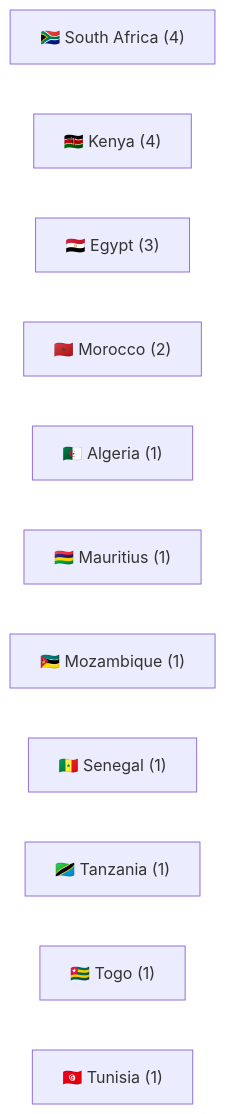
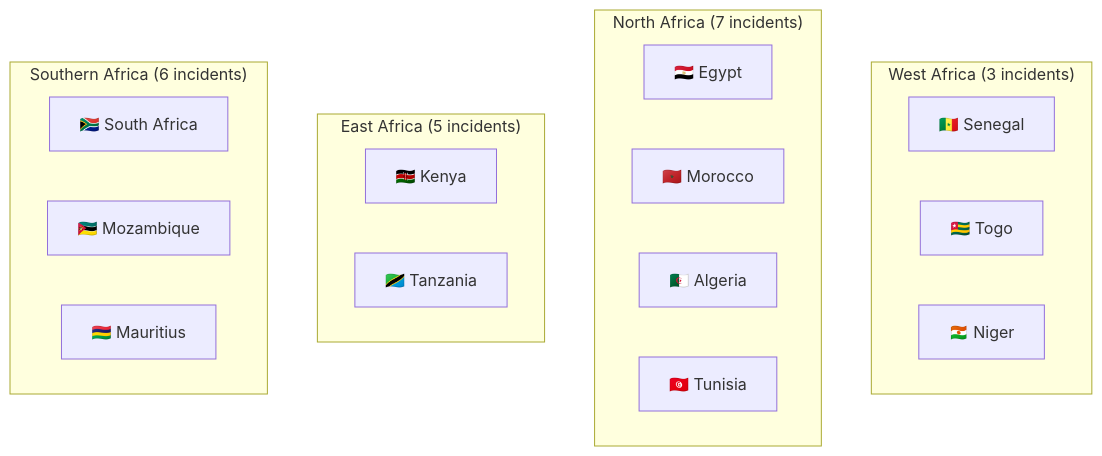
One commit to Hatchepsoute/AFRINTEL changed the second of 3 diagrams in reports/january/stats/README_EN.md. Above: the diagram before and after it, drawn with Mermaid. The commit also changed other lines of this file and 13 other files, not shown here.

````diff
--- a/reports/january/stats/README_EN.md
+++ b/reports/january/stats/README_EN.md
@@ -20,14 +114,31 @@
 ```mermaid
-flowchart LR
-    ZA["🇿🇦 South Africa (4)"]
-    KE["🇰🇪 Kenya (4)"]
-    EG["🇪🇬 Egypt (3)"]
-    MA["🇲🇦 Morocco (2)"]
-    DZ["🇩🇿 Algeria (1)"]
-    MU["🇲🇺 Mauritius (1)"]
-    MZ["🇲🇿 Mozambique (1)"]
-    SN["🇸🇳 Senegal (1)"]
-    TZ["🇹🇿 Tanzania (1)"]
-    TG["🇹🇬 Togo (1)"]
-    TN["🇹🇳 Tunisia (1)"]
+flowchart TB
+
+classDef high fill:#ffcccc
+classDef medium fill:#ffe6cc
+classDef low fill:#fff2cc
+
+subgraph West_Africa["West Africa (3 incidents)"]
+SN["🇸🇳 Senegal"]
+TG["🇹🇬 Togo"]
+NE["🇳🇪 Niger"]
+end
+
+subgraph North_Africa["North Africa (7 incidents)"]
+EG["🇪🇬 Egypt"]
+MA["🇲🇦 Morocco"]
+DZ["🇩🇿 Algeria"]
+TN["🇹🇳 Tunisia"]
+end
+
+subgraph East_Africa["East Africa (5 incidents)"]
+KE["🇰🇪 Kenya"]
+TZ["🇹🇿 Tanzania"]
+end
+
+subgraph Southern_Africa["Southern Africa (6 incidents)"]
+ZA["🇿🇦 South Africa"]
+MZ["🇲🇿 Mozambique"]
+MU["🇲🇺 Mauritius"]
+end
 ```
````
